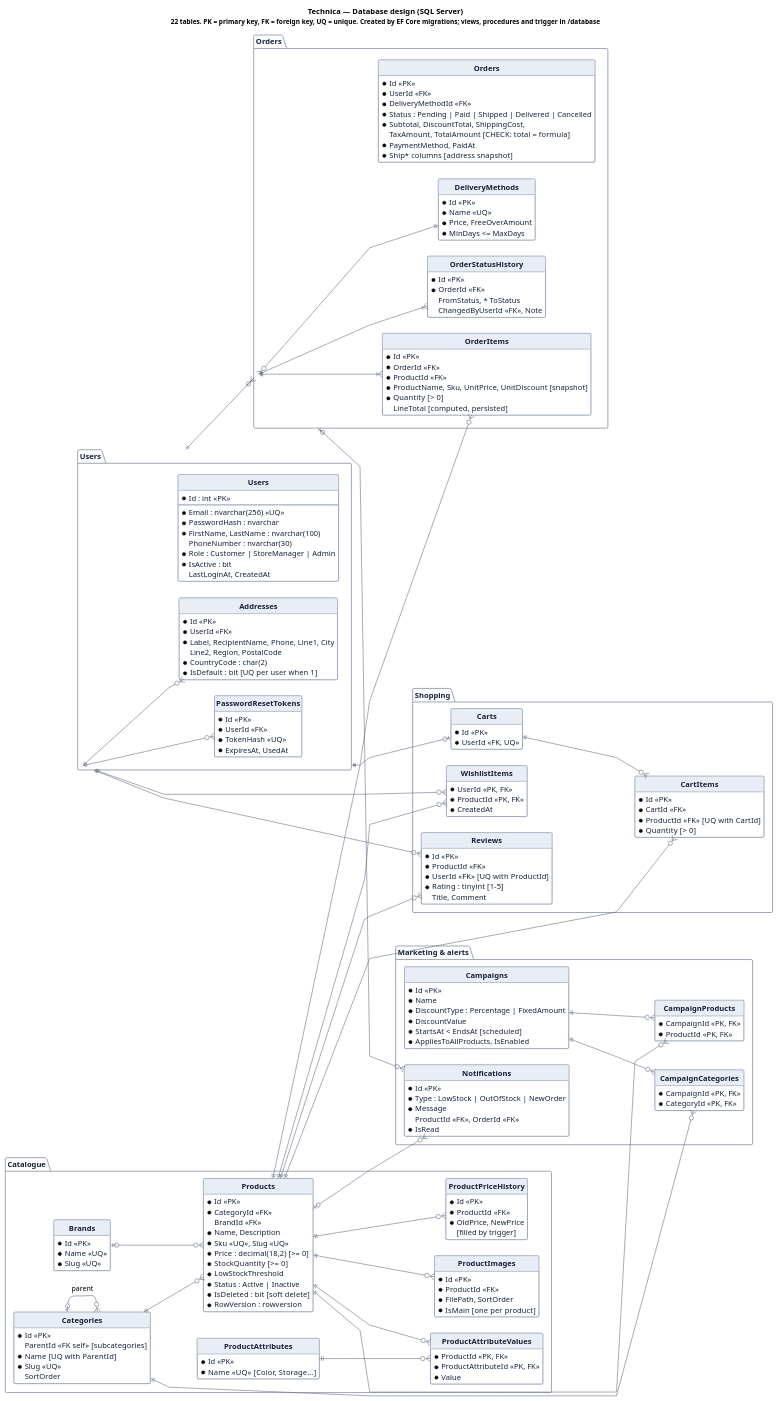
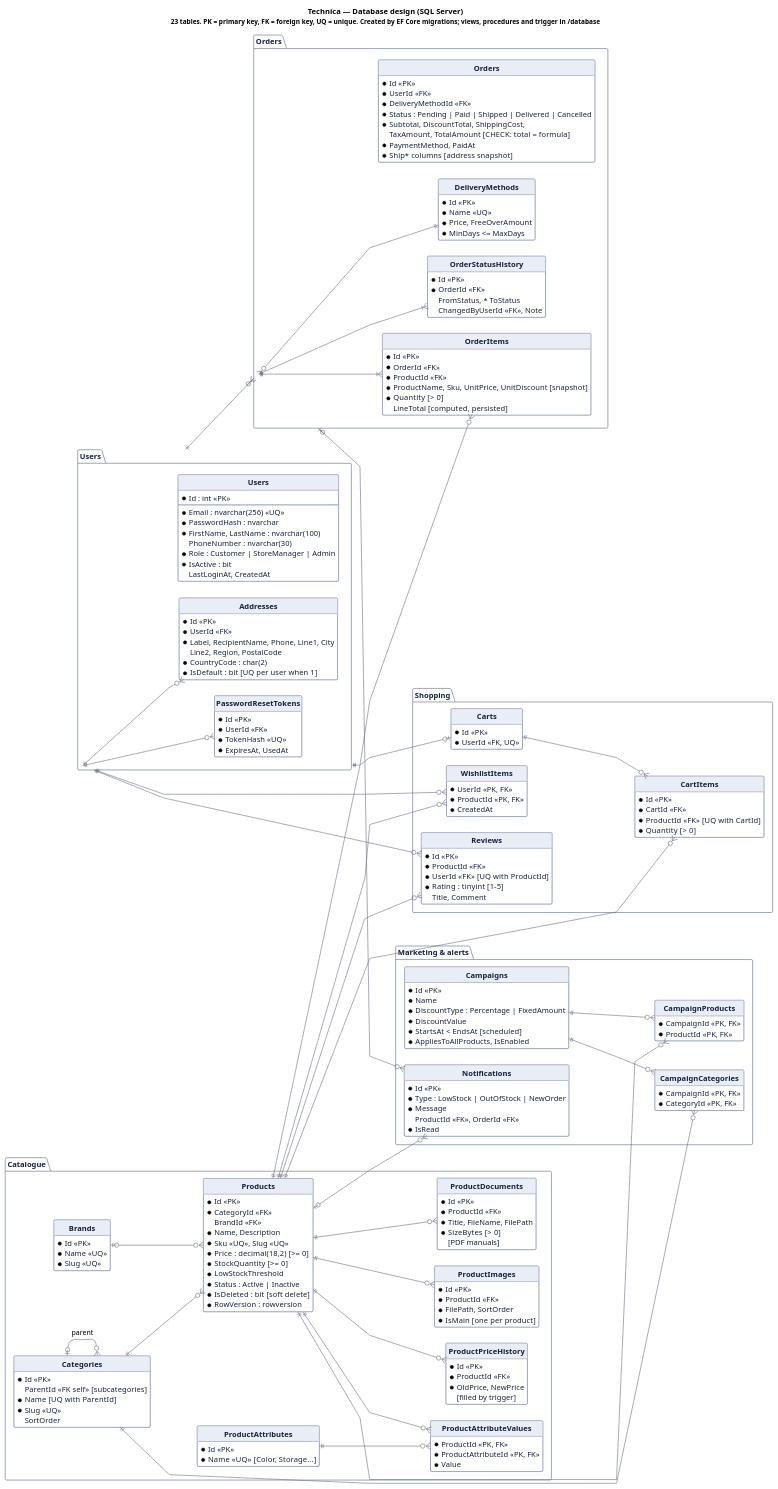
One commit to Khutsuna/OneStep changed the diagram in docs/architecture/database-er.puml. Above: the diagram before and after it, drawn with PlantUML. The commit also changed 36 other files, not shown here.

```diff
--- a/docs/architecture/database-er.puml
+++ b/docs/architecture/database-er.puml
@@ -1,5 +1,5 @@
 @startuml database-er
-title Technica — Database design (SQL Server)\n<size:12>22 tables. PK = primary key, FK = foreign key, UQ = unique. Created by EF Core migrations; views, procedures and trigger in /database</size>
+title Technica — Database design (SQL Server)\n<size:12>23 tables. PK = primary key, FK = foreign key, UQ = unique. Created by EF Core migrations; views, procedures and trigger in /database</size>
 
 skinparam defaultFontName "Arial"
 skinparam backgroundColor #ffffff
@@ -89,6 +89,13 @@
     * ProductId <<PK, FK>>
     * ProductAttributeId <<PK, FK>>
     * Value
+  }
+  entity ProductDocuments {
+    * Id <<PK>>
+    * ProductId <<FK>>
+    * Title, FileName, FilePath
+    * SizeBytes  [> 0]
+    [PDF manuals]
   }
   entity ProductPriceHistory {
     * Id <<PK>>
@@ -196,6 +203,7 @@
 Products ||--o{ ProductAttributeValues
 ProductAttributes ||--o{ ProductAttributeValues
 Products ||--o{ ProductPriceHistory
+Products ||--o{ ProductDocuments
 
 Carts ||--o{ CartItems
 Products ||--o{ CartItems
```
